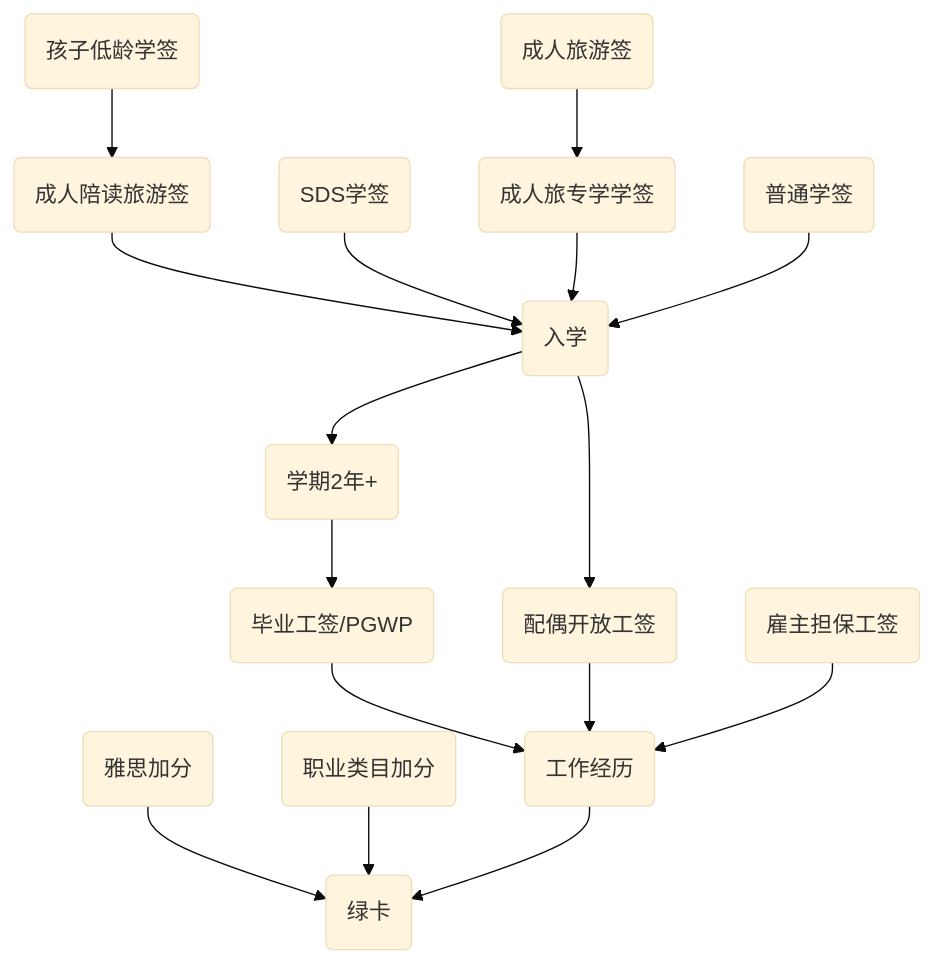
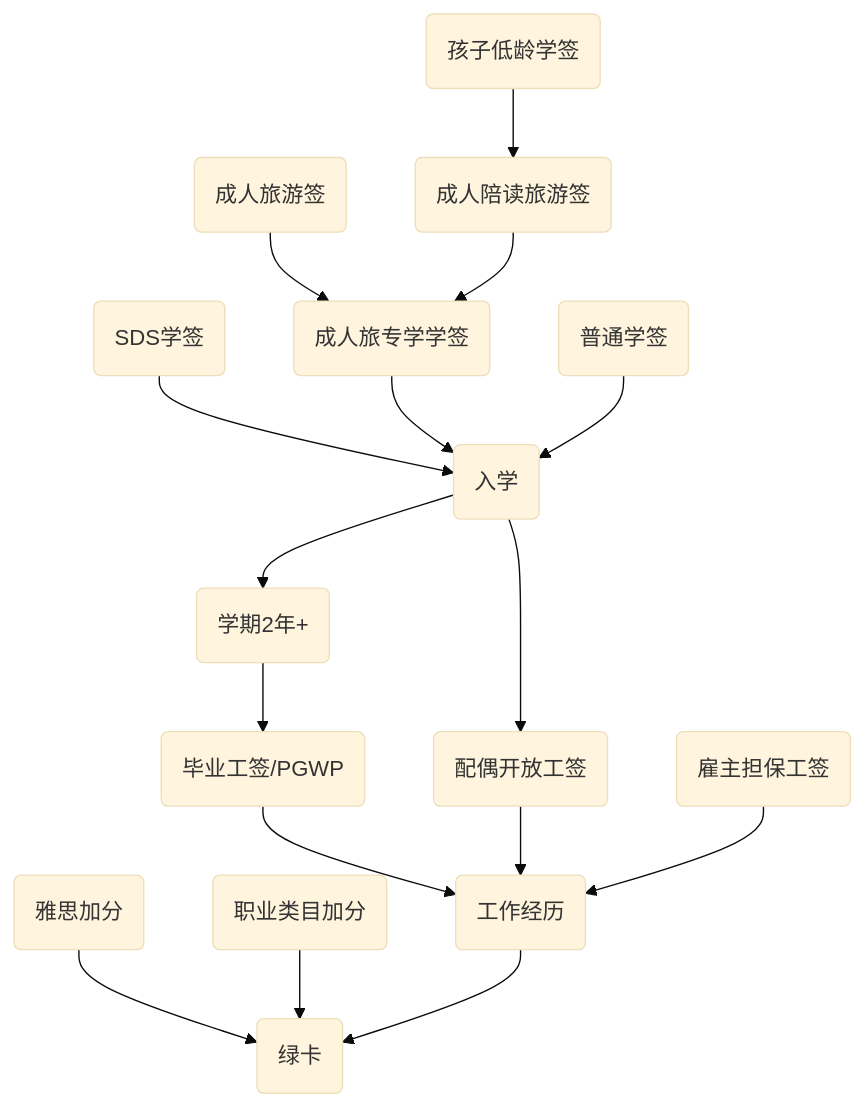
Before and after one commit to godvmxi/godvmxi.github.io: the second of 2 diagrams in source/_posts/imm-ca-choice.md, drawn with Mermaid (base theme).

Commit message:
fix a bug on path

````diff
--- a/source/_posts/imm-ca-choice.md
+++ b/source/_posts/imm-ca-choice.md
@@ -85,38 +85,38 @@
 ```mermaid
 graph TB
     ChildStudyPermit("孩子低龄学签")
     AdultChildTravelPermit("成人陪读旅游签")
     AdultTravelPermit("成人旅游签")
     AdultStudyPermit("成人旅专学学签")
     SDSStudyPermit("SDS学签")
     NormalStudyPermit("普通学签")
     SpouseWorkPermit("配偶开放工签")
     BossWorkPermit("雇主担保工签")
     EntrySchool("入学")
 
     WorkHistory("工作经历")
     PR("绿卡")
     IELTS2("雅思加分")
     JobType("职业类目加分")
     AdultStudying("学期2年+")
     PGWP("毕业工签/PGWP")
 
     ChildStudyPermit --> AdultChildTravelPermit
     AdultTravelPermit --> AdultStudyPermit
-    AdultChildTravelPermit --> EntrySchool
+    AdultChildTravelPermit --> AdultStudyPermit
     SDSStudyPermit --> EntrySchool
     AdultStudyPermit --> EntrySchool
     NormalStudyPermit --> EntrySchool
     EntrySchool --> SpouseWorkPermit
     EntrySchool --> AdultStudying    
     
     AdultStudying  --> PGWP
     PGWP --> WorkHistory
     SpouseWorkPermit --> WorkHistory
     
     BossWorkPermit --> WorkHistory
     
     IELTS2 --> PR
     JobType --> PR
     WorkHistory --> PR
 ```
````
